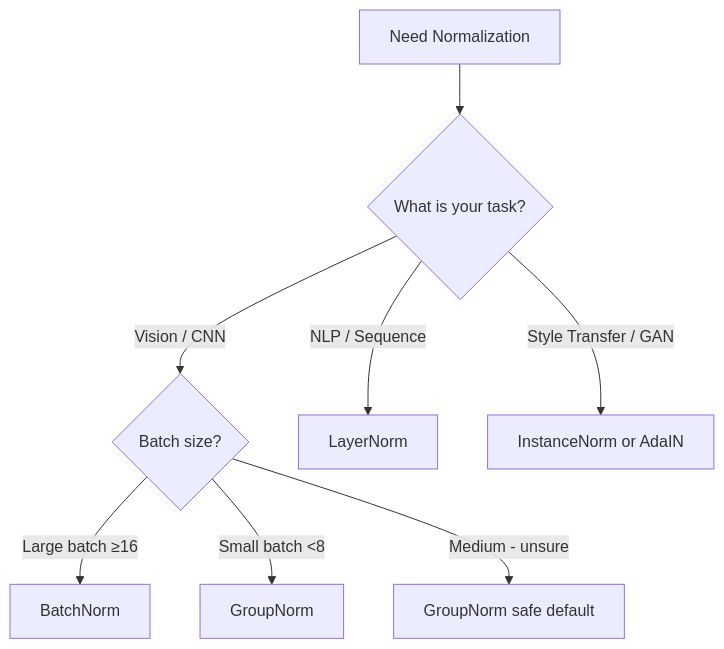
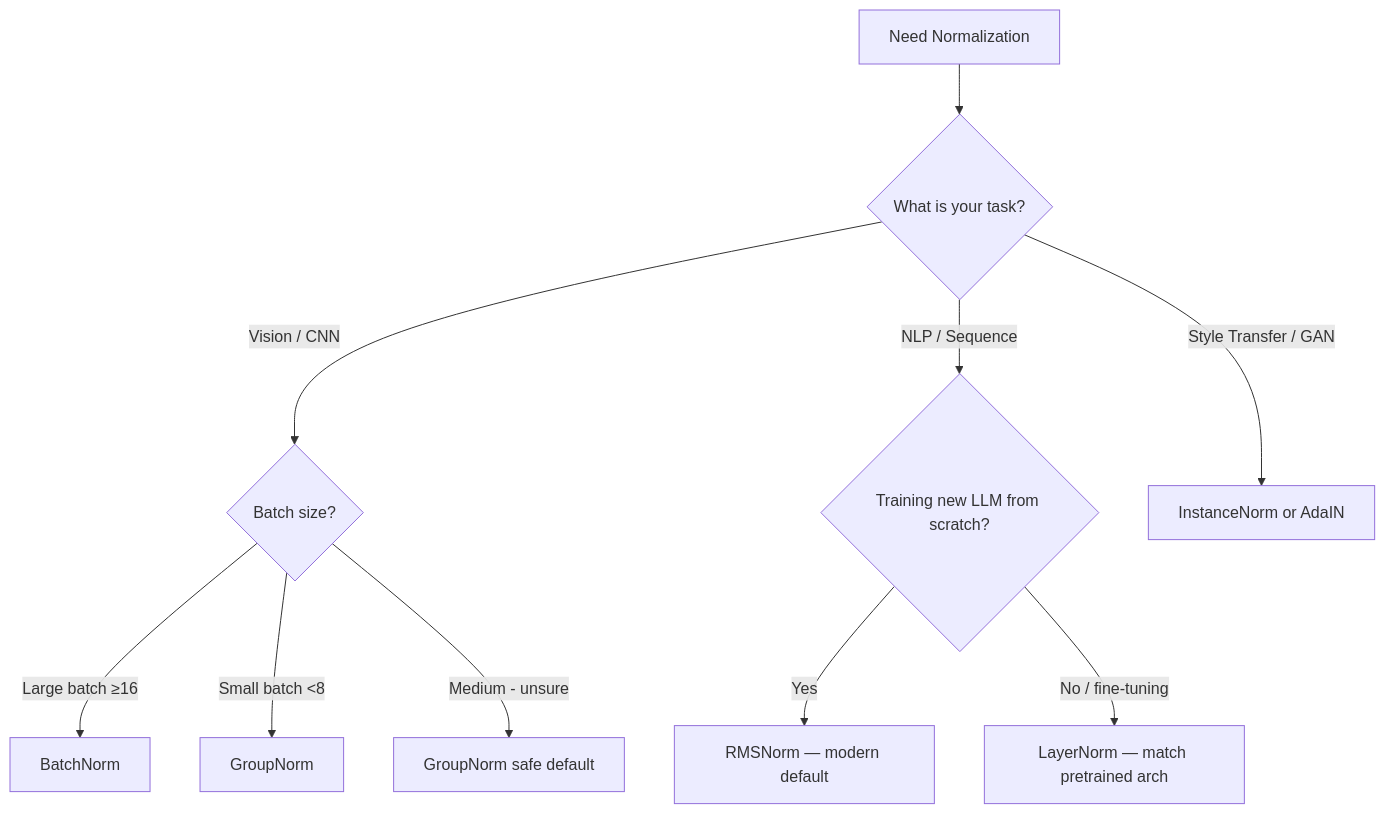
The diagram in re/Normalization/Chapter_1.md (Lmalviya/deeplearning), drawn with Mermaid before and after one commit. The commit also changed other lines of this file and 107 other files, not shown here.

````diff
--- a/re/Normalization/Chapter_1.md
+++ b/re/Normalization/Chapter_1.md
@@ -326,12 +444,15 @@
 ```mermaid
 flowchart TD
     A[Need Normalization] --> B{What is your task?}
     
     B -->|Vision / CNN| C{Batch size?}
-    B -->|NLP / Sequence| D[LayerNorm]
+    B -->|NLP / Sequence| D{Training new LLM from scratch?}
     B -->|Style Transfer / GAN| E[InstanceNorm or AdaIN]
     
     C -->|Large batch ≥16| F[BatchNorm]
     C -->|Small batch <8| G[GroupNorm]
     C -->|Medium - unsure| H[GroupNorm safe default]
+
+    D -->|Yes| I[RMSNorm — modern default]
+    D -->|No / fine-tuning| J[LayerNorm — match pretrained arch]
 ```
````
